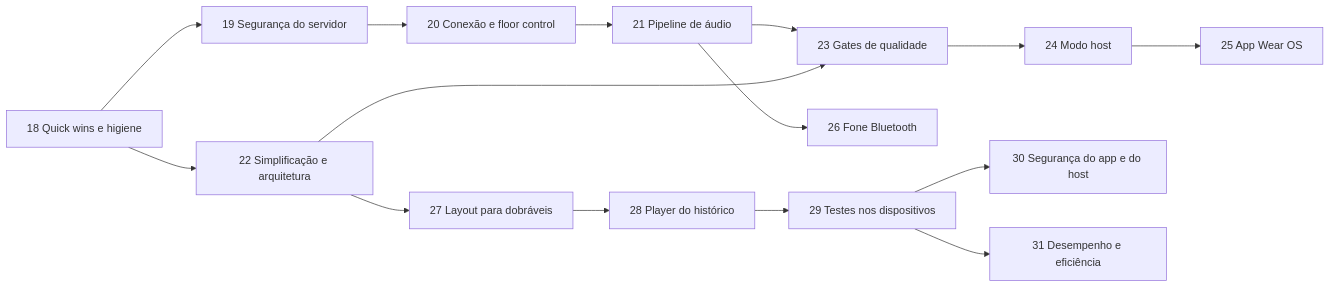
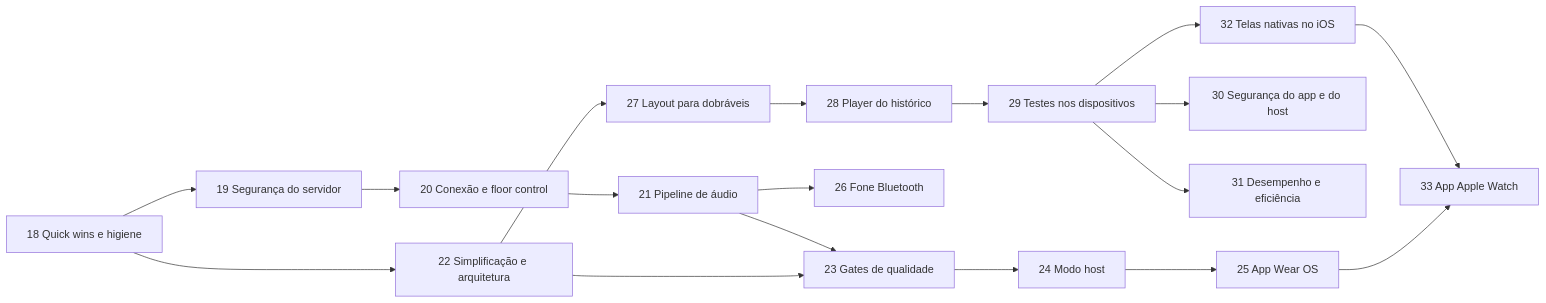
Before and after one commit to rcleandro/ptt-lan: the diagram in docs/ROADMAP_MELHORIAS.md, drawn with Mermaid. The commit also changed other lines of this file and 1 other file, not shown here.

Commit message:
docs(roadmap): plan native swiftui screens on ios and an apple watch app

````diff
--- a/docs/ROADMAP_MELHORIAS.md
+++ b/docs/ROADMAP_MELHORIAS.md
@@ -28,17 +28,20 @@
 ```mermaid
 graph LR
     F18[18 Quick wins e higiene] --> F19[19 Segurança do servidor]
     F19 --> F20[20 Conexão e floor control]
     F20 --> F21[21 Pipeline de áudio]
     F18 --> F22[22 Simplificação e arquitetura]
     F21 --> F23[23 Gates de qualidade]
     F22 --> F23
     F23 --> F24[24 Modo host]
     F24 --> F25[25 App Wear OS]
     F21 --> F26[26 Fone Bluetooth]
     F22 --> F27[27 Layout para dobráveis]
     F27 --> F28[28 Player do histórico]
     F28 --> F29[29 Testes nos dispositivos]
     F29 --> F30[30 Segurança do app e do host]
     F29 --> F31[31 Desempenho e eficiência]
+    F29 --> F32[32 Telas nativas no iOS]
+    F32 --> F33[33 App Apple Watch]
+    F25 --> F33
 ```
````
